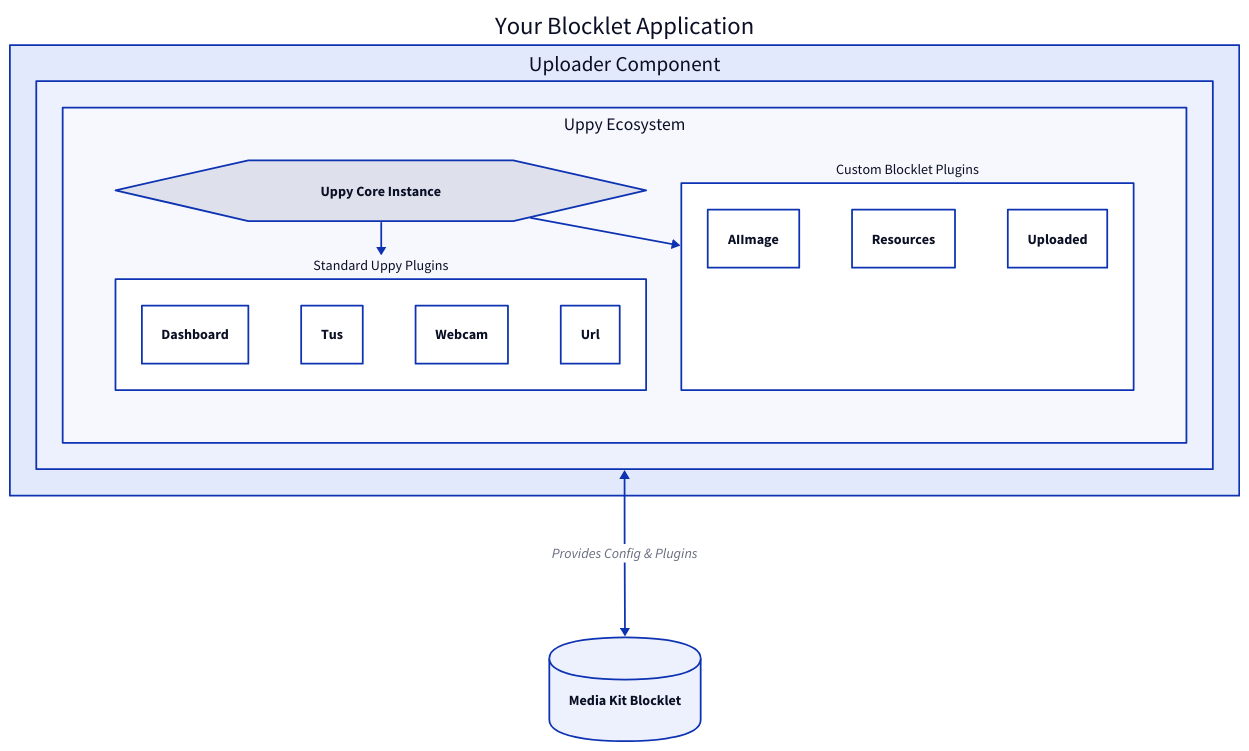
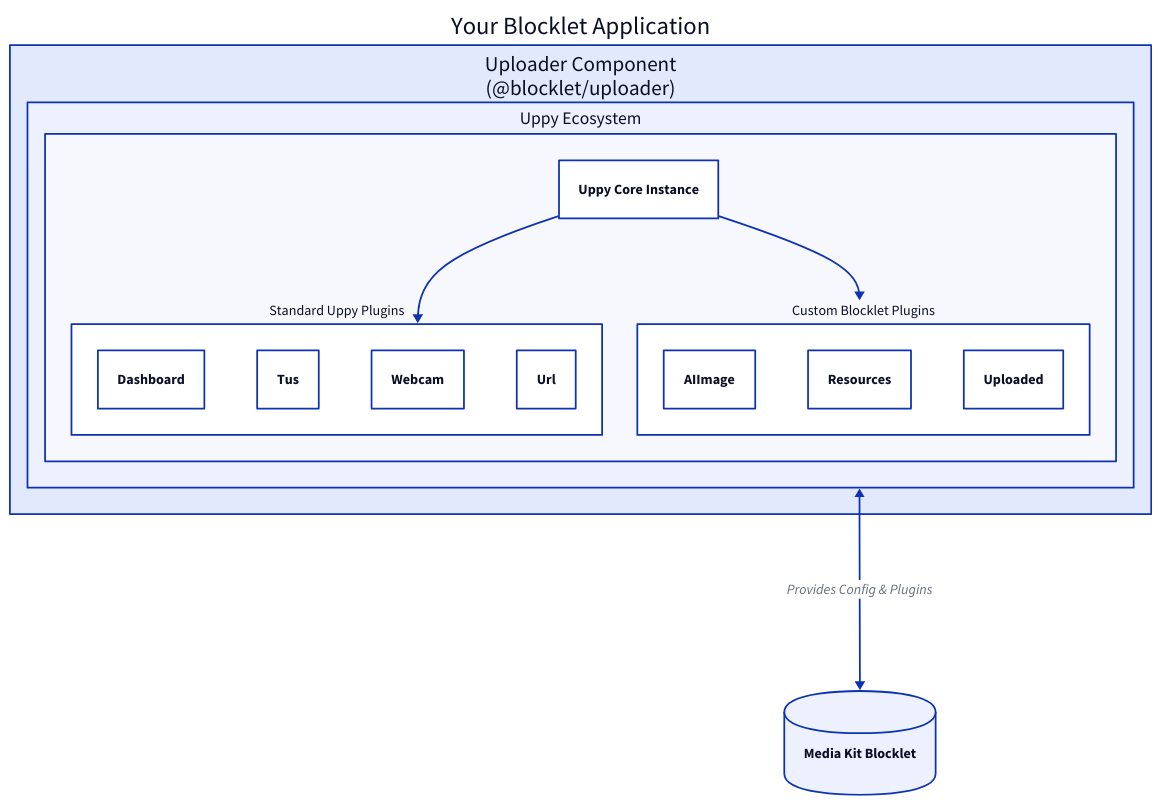
The diagram in .aigne/doc-smith/docs/concepts.md (blocklet/media-kit), drawn with D2 before and after one commit. The commit also changed other lines of this file and 25 other files, not shown here.

````diff
--- a/.aigne/doc-smith/docs/concepts.md
+++ b/.aigne/doc-smith/docs/concepts.md
@@ -5,50 +7,48 @@
-```d2
+```d2 High-Level Architecture
 direction: down
 
 blocklet-app: {
   label: "Your Blocklet Application"
   shape: rectangle
 
   uploader-component: {
-    label: "Uploader Component"
+    label: "Uploader Component\n(@blocklet/uploader)"
     shape: rectangle
 
     uppy-ecosystem: {
       label: "Uppy Ecosystem"
       shape: rectangle
-      grid-columns: 2
 
       uppy-core: {
         label: "Uppy Core Instance"
-        shape: hexagon
       }
 
       standard-plugins: {
         label: "Standard Uppy Plugins"
         shape: rectangle
         Dashboard: {}
         Tus: {}
         Webcam: {}
         Url: {}
       }
 
       custom-plugins: {
         label: "Custom Blocklet Plugins"
         shape: rectangle
         AIImage: {}
         Resources: {}
         Uploaded: {}
       }
     }
   }
 }
 
 media-kit: {
   label: "Media Kit Blocklet"
   shape: cylinder
 }
 
 blocklet-app.uploader-component.uppy-ecosystem.uppy-core -> blocklet-app.uploader-component.uppy-ecosystem.standard-plugins
 blocklet-app.uploader-component.uppy-ecosystem.uppy-core -> blocklet-app.uploader-component.uppy-ecosystem.custom-plugins
 blocklet-app.uploader-component <-> media-kit: "Provides Config & Plugins"
 ```
````
